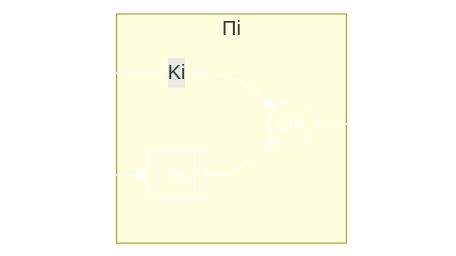
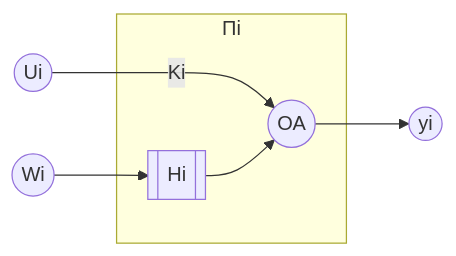
One commit to ilyasssklimov/bmstu_all changed the second of 2 diagrams in sem_07/Modeling/lections/lection_07.md. Above: the diagram before and after it, drawn with Mermaid. The commit also changed other lines of this file and 60 other files, not shown here.

````diff
--- a/sem_07/Modeling/lections/lection_07.md
+++ b/sem_07/Modeling/lections/lection_07.md
@@ -63,15 +60,11 @@
 ```mermaid
 flowchart LR
 node1((Ui)); node2((Wi)); node3((ОА)); node4[[Hi]]; node5((yi))
 
 node1 --Ki---> node3
 node2 --> node4
 subgraph Пi
 	node4 --> node3
 end
 node3 --> node5
-
-
-classDef default fill:none, color:white, stroke:white;
-linkStyle default fill:none, stroke:white;
 ```
````
